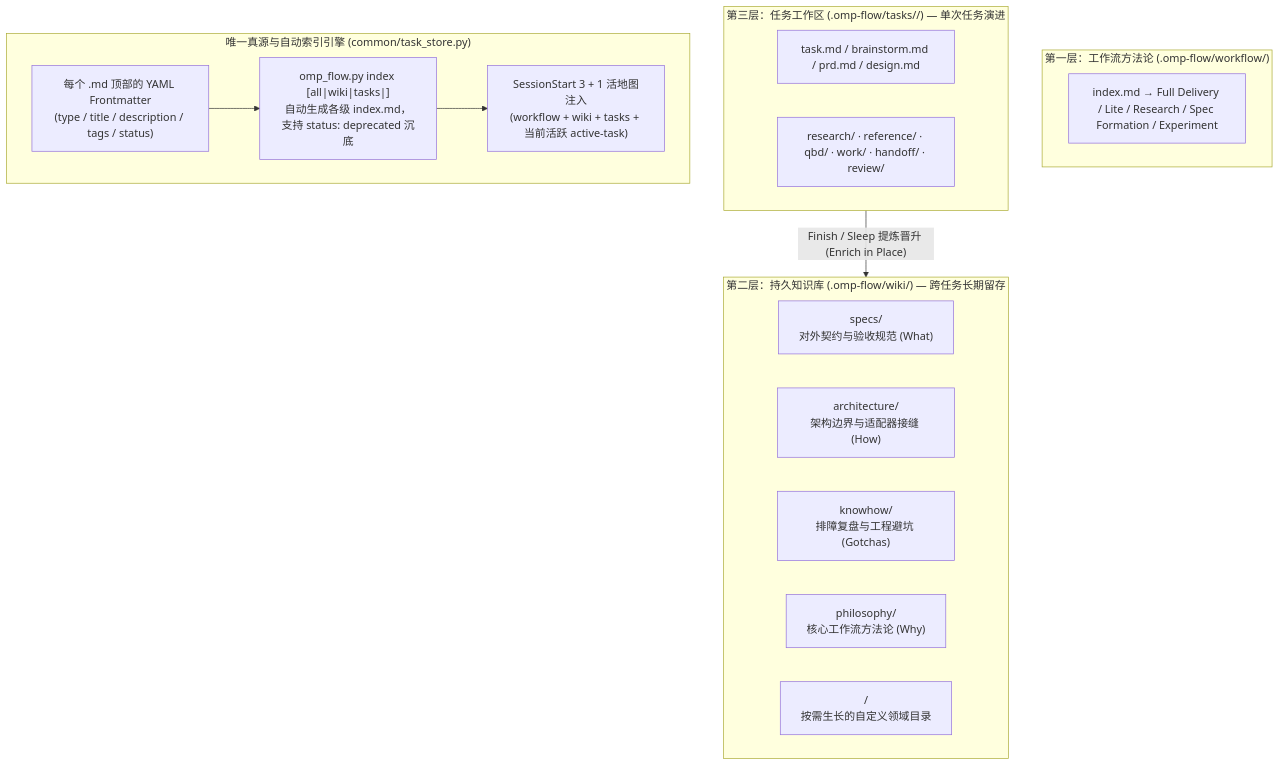
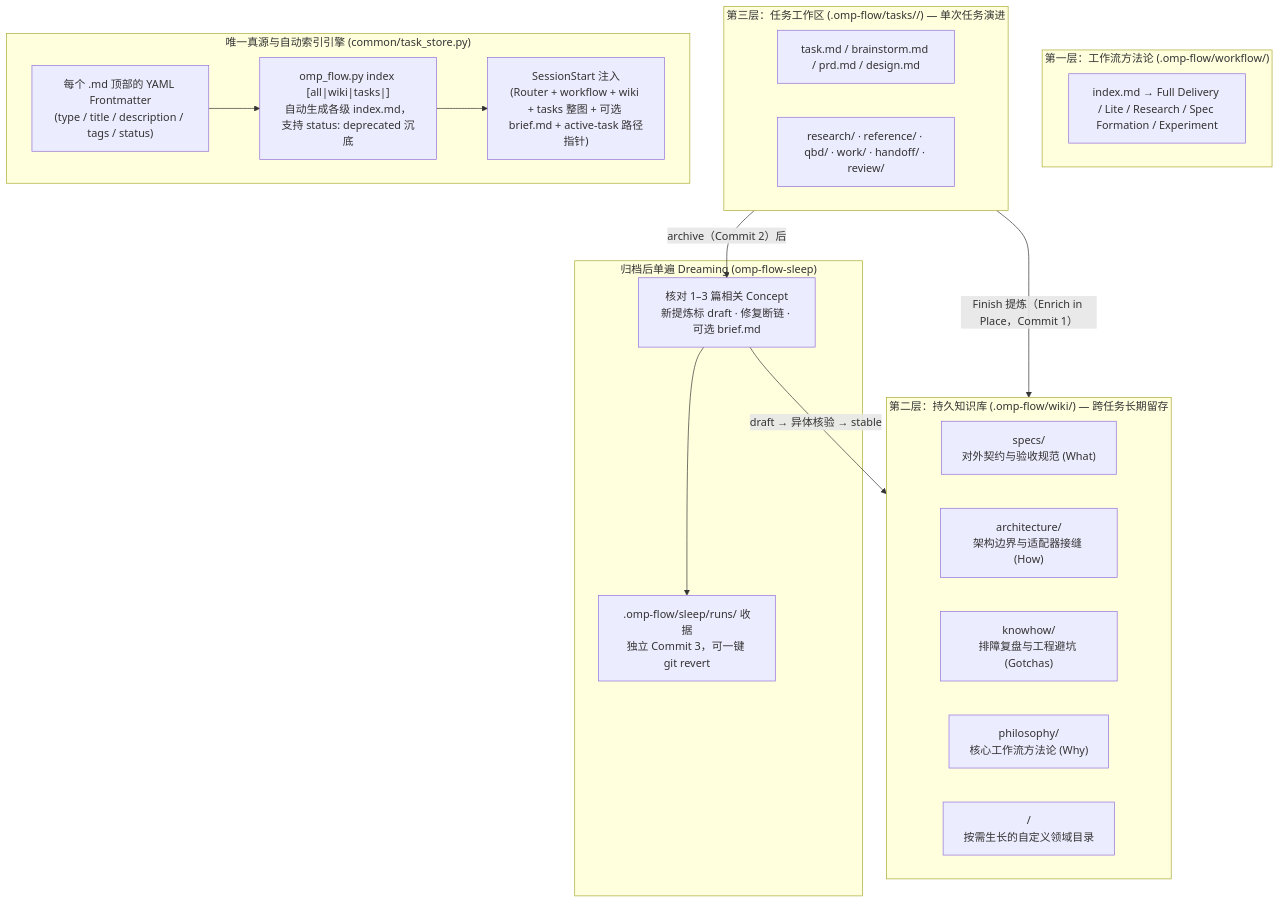
The diagram in docs/knowledge-architecture.md (Andyduck-ops/omp-flow), drawn with Mermaid before and after one commit. The commit also changed other lines of this file and 69 other files, not shown here.

First line of the commit message:
feat(v0.7.0): Sleep as Dreaming, bounded session start, verifiability and cost guidance (#13)

````diff
--- a/docs/knowledge-architecture.md
+++ b/docs/knowledge-architecture.md
@@ -21,28 +21,36 @@
 ```mermaid
 flowchart TB
     subgraph L1["第一层：工作流方法论 (.omp-flow/workflow/)"]
         W["index.md → Full Delivery / Lite / Research / Spec Formation / Experiment"]
     end
 
     subgraph L2["第二层：持久知识库 (.omp-flow/wiki/) — 跨任务长期留存"]
         S["specs/\n对外契约与验收规范 (What)"]
         A["architecture/\n架构边界与适配器接缝 (How)"]
         K["knowhow/\n排障复盘与工程避坑 (Gotchas)"]
         P["philosophy/\n核心工作流方法论 (Why)"]
         X["<custom-domain>/\n按需生长的自定义领域目录"]
     end
 
     subgraph L3["第三层：任务工作区 (.omp-flow/tasks/<task>/) — 单次任务演进"]
         T["task.md / brainstorm.md / prd.md / design.md"]
         Sub["research/ · reference/ · qbd/ · work/ · handoff/ · review/"]
     end
 
     subgraph Engine["唯一真源与自动索引引擎 (common/task_store.py)"]
         FM["每个 .md 顶部的 YAML Frontmatter\n(type / title / description / tags / status)"]
         IDX["omp_flow.py index [all|wiki|tasks|<task>]\n自动生成各级 index.md，支持 status: deprecated 沉底"]
-        INJ["SessionStart 3 + 1 活地图注入\n(workflow + wiki + tasks + 当前活跃 active-task)"]
+        INJ["SessionStart 注入\n(Router + workflow + wiki + tasks 整图 + 可选 brief.md + active-task 路径指针)"]
     end
 
-    L3 -->|"Finish / Sleep 提炼晋升 (Enrich in Place)"| L2
+    subgraph Dream["归档后单遍 Dreaming (omp-flow-sleep)"]
+        D["核对 1–3 篇相关 Concept\n新提炼标 draft · 修复断链 · 可选 brief.md"]
+        R[".omp-flow/sleep/runs/ 收据\n独立 Commit 3，可一键 git revert"]
+    end
+
+    L3 -->|"Finish 提炼（Enrich in Place，Commit 1）"| L2
+    L3 -->|"archive（Commit 2）后"| D
+    D -->|"draft → 异体核验 → stable"| L2
+    D --> R
     FM --> IDX --> INJ
 ```
````
